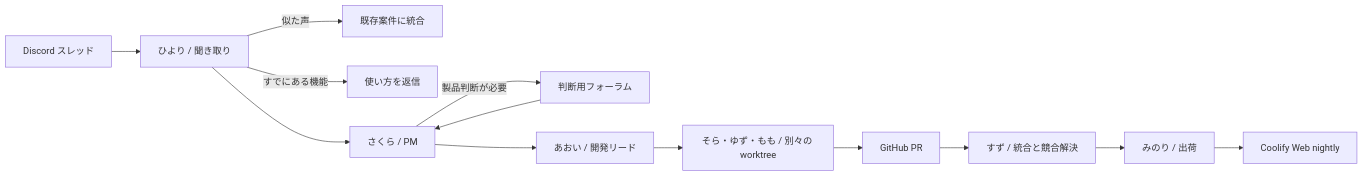
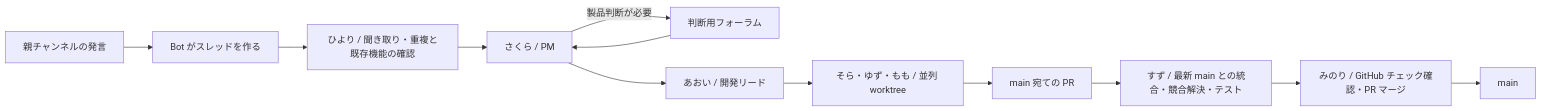
The diagram in README.md (katteni-kaihatu/tonarium-agent), drawn with Mermaid before and after one commit. The commit also changed other lines of this file and 20 other files, not shown here.

Commit message:
Automate Discord feedback through checked main PRs and trilingual replies

````diff
--- a/README.md
+++ b/README.md
@@ -7,15 +7,14 @@
 ```mermaid
 flowchart LR
-  Discord[Discord スレッド] --> H[ひより / 聞き取り]
-  H -->|似た声| Group[既存案件に統合]
-  H -->|すでにある機能| Existing[使い方を返信]
+  Voice[親チャンネルの発言] --> Thread[Bot がスレッドを作る]
+  Thread --> H[ひより / 聞き取り・重複と既存機能の確認]
   H --> S[さくら / PM]
   S -->|製品判断が必要| Forum[判断用フォーラム]
   Forum --> S
   S --> A[あおい / 開発リード]
-  A --> Workers[そら・ゆず・もも / 別々の worktree]
-  Workers --> PR[GitHub PR]
-  PR --> I[すず / 統合と競合解決]
-  I --> M[みのり / 出荷]
-  M --> C[Coolify Web nightly]
+  A --> Workers[そら・ゆず・もも / 並列 worktree]
+  Workers --> PR[main 宛ての PR]
+  PR --> I[すず / 最新 main との統合・競合解決・テスト]
+  I --> M[みのり / GitHub チェック確認・PR マージ]
+  M --> Main[main]
 ```
````
